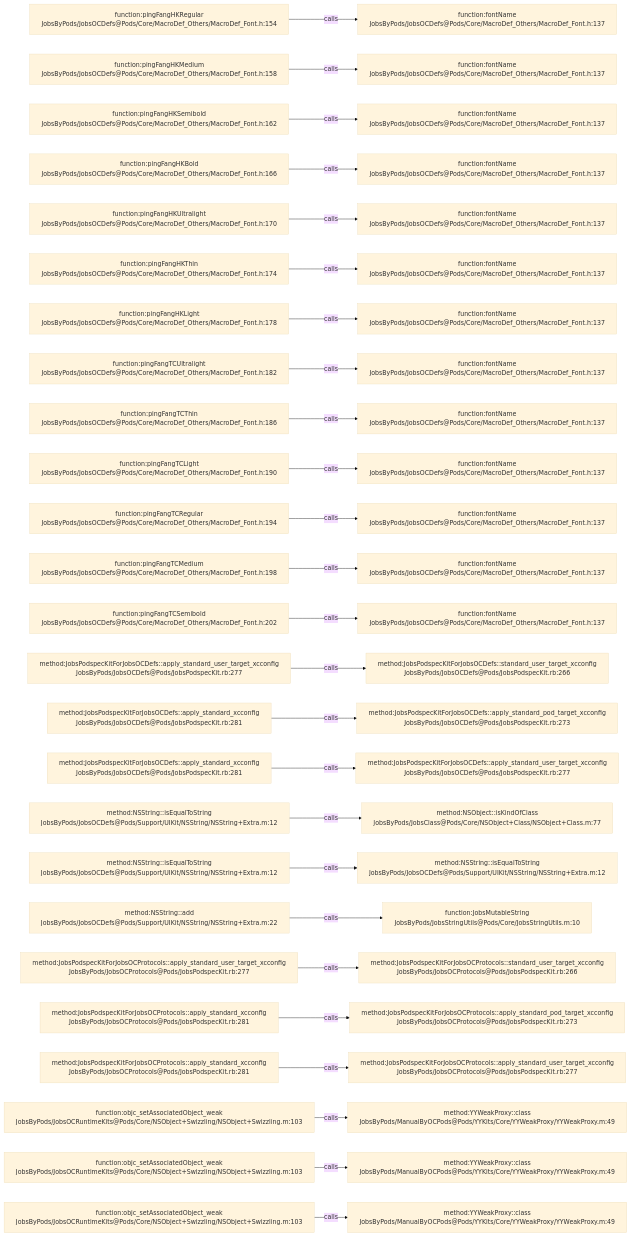
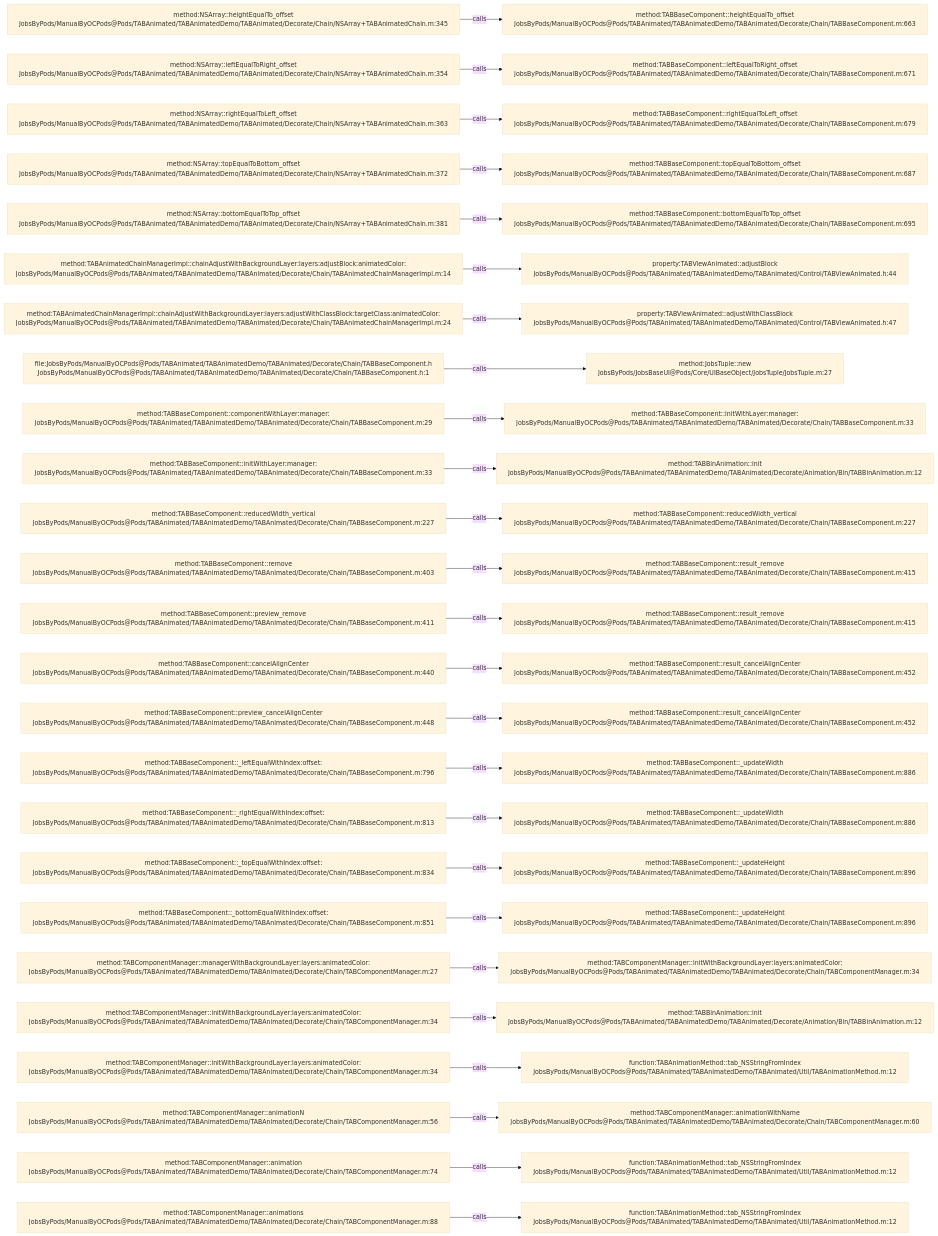
One commit to JobsKits/JobsOCBaseConfigDemo changed the diagram in .codegraph/codegraph.md/graphs/calls-137.md. Above: the diagram before and after it, drawn with Mermaid (base theme). The commit also changed 573 other files, not shown here.

````diff
--- a/.codegraph/codegraph.md/graphs/calls-137.md
+++ b/.codegraph/codegraph.md/graphs/calls-137.md
@@ -13,78 +13,78 @@
 ```mermaid
 flowchart LR
-  S1["function:pingFangHKRegular<br/>JobsByPods/JobsOCDefs@Pods/Core/MacroDef_Others/MacroDef_Font.h:154"]
-  T1["function:fontName<br/>JobsByPods/JobsOCDefs@Pods/Core/MacroDef_Others/MacroDef_Font.h:137"]
+  S1["method:NSArray::heightEqualTo_offset<br/>JobsByPods/ManualByOCPods@Pods/TABAnimated/TABAnimatedDemo/TABAnimated/Decorate/Chain/NSArray+TABAnimatedChain.m:345"]
+  T1["method:TABBaseComponent::heightEqualTo_offset<br/>JobsByPods/ManualByOCPods@Pods/TABAnimated/TABAnimatedDemo/TABAnimated/Decorate/Chain/TABBaseComponent.m:663"]
   S1 -->|calls| T1
-  S2["function:pingFangHKMedium<br/>JobsByPods/JobsOCDefs@Pods/Core/MacroDef_Others/MacroDef_Font.h:158"]
-  T2["function:fontName<br/>JobsByPods/JobsOCDefs@Pods/Core/MacroDef_Others/MacroDef_Font.h:137"]
+  S2["method:NSArray::leftEqualToRight_offset<br/>JobsByPods/ManualByOCPods@Pods/TABAnimated/TABAnimatedDemo/TABAnimated/Decorate/Chain/NSArray+TABAnimatedChain.m:354"]
+  T2["method:TABBaseComponent::leftEqualToRight_offset<br/>JobsByPods/ManualByOCPods@Pods/TABAnimated/TABAnimatedDemo/TABAnimated/Decorate/Chain/TABBaseComponent.m:671"]
   S2 -->|calls| T2
-  S3["function:pingFangHKSemibold<br/>JobsByPods/JobsOCDefs@Pods/Core/MacroDef_Others/MacroDef_Font.h:162"]
-  T3["function:fontName<br/>JobsByPods/JobsOCDefs@Pods/Core/MacroDef_Others/MacroDef_Font.h:137"]
+  S3["method:NSArray::rightEqualToLeft_offset<br/>JobsByPods/ManualByOCPods@Pods/TABAnimated/TABAnimatedDemo/TABAnimated/Decorate/Chain/NSArray+TABAnimatedChain.m:363"]
+  T3["method:TABBaseComponent::rightEqualToLeft_offset<br/>JobsByPods/ManualByOCPods@Pods/TABAnimated/TABAnimatedDemo/TABAnimated/Decorate/Chain/TABBaseComponent.m:679"]
   S3 -->|calls| T3
-  S4["function:pingFangHKBold<br/>JobsByPods/JobsOCDefs@Pods/Core/MacroDef_Others/MacroDef_Font.h:166"]
-  T4["function:fontName<br/>JobsByPods/JobsOCDefs@Pods/Core/MacroDef_Others/MacroDef_Font.h:137"]
+  S4["method:NSArray::topEqualToBottom_offset<br/>JobsByPods/ManualByOCPods@Pods/TABAnimated/TABAnimatedDemo/TABAnimated/Decorate/Chain/NSArray+TABAnimatedChain.m:372"]
+  T4["method:TABBaseComponent::topEqualToBottom_offset<br/>JobsByPods/ManualByOCPods@Pods/TABAnimated/TABAnimatedDemo/TABAnimated/Decorate/Chain/TABBaseComponent.m:687"]
   S4 -->|calls| T4
-  S5["function:pingFangHKUltralight<br/>JobsByPods/JobsOCDefs@Pods/Core/MacroDef_Others/MacroDef_Font.h:170"]
-  T5["function:fontName<br/>JobsByPods/JobsOCDefs@Pods/Core/MacroDef_Others/MacroDef_Font.h:137"]
+  S5["method:NSArray::bottomEqualToTop_offset<br/>JobsByPods/ManualByOCPods@Pods/TABAnimated/TABAnimatedDemo/TABAnimated/Decorate/Chain/NSArray+TABAnimatedChain.m:381"]
+  T5["method:TABBaseComponent::bottomEqualToTop_offset<br/>JobsByPods/ManualByOCPods@Pods/TABAnimated/TABAnimatedDemo/TABAnimated/Decorate/Chain/TABBaseComponent.m:695"]
   S5 -->|calls| T5
-  S6["function:pingFangHKThin<br/>JobsByPods/JobsOCDefs@Pods/Core/MacroDef_Others/MacroDef_Font.h:174"]
-  T6["function:fontName<br/>JobsByPods/JobsOCDefs@Pods/Core/MacroDef_Others/MacroDef_Font.h:137"]
+  S6["method:TABAnimatedChainManagerImpl::chainAdjustWithBackgroundLayer:layers:adjustBlock:animatedColor:<br/>JobsByPods/ManualByOCPods@Pods/TABAnimated/TABAnimatedDemo/TABAnimated/Decorate/Chain/TABAnimatedChainManagerImpl.m:14"]
+  T6["property:TABViewAnimated::adjustBlock<br/>JobsByPods/ManualByOCPods@Pods/TABAnimated/TABAnimatedDemo/TABAnimated/Control/TABViewAnimated.h:44"]
   S6 -->|calls| T6
-  S7["function:pingFangHKLight<br/>JobsByPods/JobsOCDefs@Pods/Core/MacroDef_Others/MacroDef_Font.h:178"]
-  T7["function:fontName<br/>JobsByPods/JobsOCDefs@Pods/Core/MacroDef_Others/MacroDef_Font.h:137"]
+  S7["method:TABAnimatedChainManagerImpl::chainAdjustWithBackgroundLayer:layers:adjustWithClassBlock:targetClass:animatedColor:<br/>JobsByPods/ManualByOCPods@Pods/TABAnimated/TABAnimatedDemo/TABAnimated/Decorate/Chain/TABAnimatedChainManagerImpl.m:24"]
+  T7["property:TABViewAnimated::adjustWithClassBlock<br/>JobsByPods/ManualByOCPods@Pods/TABAnimated/TABAnimatedDemo/TABAnimated/Control/TABViewAnimated.h:47"]
   S7 -->|calls| T7
-  S8["function:pingFangTCUltralight<br/>JobsByPods/JobsOCDefs@Pods/Core/MacroDef_Others/MacroDef_Font.h:182"]
-  T8["function:fontName<br/>JobsByPods/JobsOCDefs@Pods/Core/MacroDef_Others/MacroDef_Font.h:137"]
+  S8["file:JobsByPods/ManualByOCPods@Pods/TABAnimated/TABAnimatedDemo/TABAnimated/Decorate/Chain/TABBaseComponent.h<br/>JobsByPods/ManualByOCPods@Pods/TABAnimated/TABAnimatedDemo/TABAnimated/Decorate/Chain/TABBaseComponent.h:1"]
+  T8["method:JobsTuple::new<br/>JobsByPods/JobsBaseUI@Pods/Core/UIBaseObject/JobsTuple/JobsTuple.m:27"]
   S8 -->|calls| T8
-  S9["function:pingFangTCThin<br/>JobsByPods/JobsOCDefs@Pods/Core/MacroDef_Others/MacroDef_Font.h:186"]
-  T9["function:fontName<br/>JobsByPods/JobsOCDefs@Pods/Core/MacroDef_Others/MacroDef_Font.h:137"]
+  S9["method:TABBaseComponent::componentWithLayer:manager:<br/>JobsByPods/ManualByOCPods@Pods/TABAnimated/TABAnimatedDemo/TABAnimated/Decorate/Chain/TABBaseComponent.m:29"]
+  T9["method:TABBaseComponent::initWithLayer:manager:<br/>JobsByPods/ManualByOCPods@Pods/TABAnimated/TABAnimatedDemo/TABAnimated/Decorate/Chain/TABBaseComponent.m:33"]
   S9 -->|calls| T9
-  S10["function:pingFangTCLight<br/>JobsByPods/JobsOCDefs@Pods/Core/MacroDef_Others/MacroDef_Font.h:190"]
-  T10["function:fontName<br/>JobsByPods/JobsOCDefs@Pods/Core/MacroDef_Others/MacroDef_Font.h:137"]
+  S10["method:TABBaseComponent::initWithLayer:manager:<br/>JobsByPods/ManualByOCPods@Pods/TABAnimated/TABAnimatedDemo/TABAnimated/Decorate/Chain/TABBaseComponent.m:33"]
+  T10["method:TABBinAnimation::init<br/>JobsByPods/ManualByOCPods@Pods/TABAnimated/TABAnimatedDemo/TABAnimated/Decorate/Animation/Bin/TABBinAnimation.m:12"]
   S10 -->|calls| T10
-  S11["function:pingFangTCRegular<br/>JobsByPods/JobsOCDefs@Pods/Core/MacroDef_Others/MacroDef_Font.h:194"]
-  T11["function:fontName<br/>JobsByPods/JobsOCDefs@Pods/Core/MacroDef_Others/MacroDef_Font.h:137"]
+  S11["method:TABBaseComponent::reducedWidth_vertical<br/>JobsByPods/ManualByOCPods@Pods/TABAnimated/TABAnimatedDemo/TABAnimated/Decorate/Chain/TABBaseComponent.m:227"]
+  T11["method:TABBaseComponent::reducedWidth_vertical<br/>JobsByPods/ManualByOCPods@Pods/TABAnimated/TABAnimatedDemo/TABAnimated/Decorate/Chain/TABBaseComponent.m:227"]
   S11 -->|calls| T11
-  S12["function:pingFangTCMedium<br/>JobsByPods/JobsOCDefs@Pods/Core/MacroDef_Others/MacroDef_Font.h:198"]
-  T12["function:fontName<br/>JobsByPods/JobsOCDefs@Pods/Core/MacroDef_Others/MacroDef_Font.h:137"]
+  S12["method:TABBaseComponent::remove<br/>JobsByPods/ManualByOCPods@Pods/TABAnimated/TABAnimatedDemo/TABAnimated/Decorate/Chain/TABBaseComponent.m:403"]
+  T12["method:TABBaseComponent::result_remove<br/>JobsByPods/ManualByOCPods@Pods/TABAnimated/TABAnimatedDemo/TABAnimated/Decorate/Chain/TABBaseComponent.m:415"]
   S12 -->|calls| T12
-  S13["function:pingFangTCSemibold<br/>JobsByPods/JobsOCDefs@Pods/Core/MacroDef_Others/MacroDef_Font.h:202"]
-  T13["function:fontName<br/>JobsByPods/JobsOCDefs@Pods/Core/MacroDef_Others/MacroDef_Font.h:137"]
+  S13["method:TABBaseComponent::preview_remove<br/>JobsByPods/ManualByOCPods@Pods/TABAnimated/TABAnimatedDemo/TABAnimated/Decorate/Chain/TABBaseComponent.m:411"]
+  T13["method:TABBaseComponent::result_remove<br/>JobsByPods/ManualByOCPods@Pods/TABAnimated/TABAnimatedDemo/TABAnimated/Decorate/Chain/TABBaseComponent.m:415"]
   S13 -->|calls| T13
-  S14["method:JobsPodspecKitForJobsOCDefs::apply_standard_user_target_xcconfig<br/>JobsByPods/JobsOCDefs@Pods/JobsPodspecKit.rb:277"]
-  T14["method:JobsPodspecKitForJobsOCDefs::standard_user_target_xcconfig<br/>JobsByPods/JobsOCDefs@Pods/JobsPodspecKit.rb:266"]
+  S14["method:TABBaseComponent::cancelAlignCenter<br/>JobsByPods/ManualByOCPods@Pods/TABAnimated/TABAnimatedDemo/TABAnimated/Decorate/Chain/TABBaseComponent.m:440"]
+  T14["method:TABBaseComponent::result_cancelAlignCenter<br/>JobsByPods/ManualByOCPods@Pods/TABAnimated/TABAnimatedDemo/TABAnimated/Decorate/Chain/TABBaseComponent.m:452"]
   S14 -->|calls| T14
-  S15["method:JobsPodspecKitForJobsOCDefs::apply_standard_xcconfig<br/>JobsByPods/JobsOCDefs@Pods/JobsPodspecKit.rb:281"]
-  T15["method:JobsPodspecKitForJobsOCDefs::apply_standard_pod_target_xcconfig<br/>JobsByPods/JobsOCDefs@Pods/JobsPodspecKit.rb:273"]
+  S15["method:TABBaseComponent::preview_cancelAlignCenter<br/>JobsByPods/ManualByOCPods@Pods/TABAnimated/TABAnimatedDemo/TABAnimated/Decorate/Chain/TABBaseComponent.m:448"]
+  T15["method:TABBaseComponent::result_cancelAlignCenter<br/>JobsByPods/ManualByOCPods@Pods/TABAnimated/TABAnimatedDemo/TABAnimated/Decorate/Chain/TABBaseComponent.m:452"]
   S15 -->|calls| T15
-  S16["method:JobsPodspecKitForJobsOCDefs::apply_standard_xcconfig<br/>JobsByPods/JobsOCDefs@Pods/JobsPodspecKit.rb:281"]
-  T16["method:JobsPodspecKitForJobsOCDefs::apply_standard_user_target_xcconfig<br/>JobsByPods/JobsOCDefs@Pods/JobsPodspecKit.rb:277"]
+  S16["method:TABBaseComponent::_leftEqualWithIndex:offset:<br/>JobsByPods/ManualByOCPods@Pods/TABAnimated/TABAnimatedDemo/TABAnimated/Decorate/Chain/TABBaseComponent.m:796"]
+  T16["method:TABBaseComponent::_updateWidth<br/>JobsByPods/ManualByOCPods@Pods/TABAnimated/TABAnimatedDemo/TABAnimated/Decorate/Chain/TABBaseComponent.m:886"]
   S16 -->|calls| T16
-  S17["method:NSString::isEqualToString<br/>JobsByPods/JobsOCDefs@Pods/Support/UIKit/NSString/NSString+Extra.m:12"]
-  T17["method:NSObject::isKindOfClass<br/>JobsByPods/JobsClass@Pods/Core/NSObject+Class/NSObject+Class.m:77"]
+  S17["method:TABBaseComponent::_rightEqualWithIndex:offset:<br/>JobsByPods/ManualByOCPods@Pods/TABAnimated/TABAnimatedDemo/TABAnimated/Decorate/Chain/TABBaseComponent.m:813"]
+  T17["method:TABBaseComponent::_updateWidth<br/>JobsByPods/ManualByOCPods@Pods/TABAnimated/TABAnimatedDemo/TABAnimated/Decorate/Chain/TABBaseComponent.m:886"]
   S17 -->|calls| T17
-  S18["method:NSString::isEqualToString<br/>JobsByPods/JobsOCDefs@Pods/Support/UIKit/NSString/NSString+Extra.m:12"]
-  T18["method:NSString::isEqualToString<br/>JobsByPods/JobsOCDefs@Pods/Support/UIKit/NSString/NSString+Extra.m:12"]
+  S18["method:TABBaseComponent::_topEqualWithIndex:offset:<br/>JobsByPods/ManualByOCPods@Pods/TABAnimated/TABAnimatedDemo/TABAnimated/Decorate/Chain/TABBaseComponent.m:834"]
+  T18["method:TABBaseComponent::_updateHeight<br/>JobsByPods/ManualByOCPods@Pods/TABAnimated/TABAnimatedDemo/TABAnimated/Decorate/Chain/TABBaseComponent.m:896"]
   S18 -->|calls| T18
-  S19["method:NSString::add<br/>JobsByPods/JobsOCDefs@Pods/Support/UIKit/NSString/NSString+Extra.m:22"]
-  T19["function:JobsMutableString<br/>JobsByPods/JobsStringUtils@Pods/Core/JobsStringUtils.m:10"]
+  S19["method:TABBaseComponent::_bottomEqualWithIndex:offset:<br/>JobsByPods/ManualByOCPods@Pods/TABAnimated/TABAnimatedDemo/TABAnimated/Decorate/Chain/TABBaseComponent.m:851"]
+  T19["method:TABBaseComponent::_updateHeight<br/>JobsByPods/ManualByOCPods@Pods/TABAnimated/TABAnimatedDemo/TABAnimated/Decorate/Chain/TABBaseComponent.m:896"]
   S19 -->|calls| T19
-  S20["method:JobsPodspecKitForJobsOCProtocols::apply_standard_user_target_xcconfig<br/>JobsByPods/JobsOCProtocols@Pods/JobsPodspecKit.rb:277"]
-  T20["method:JobsPodspecKitForJobsOCProtocols::standard_user_target_xcconfig<br/>JobsByPods/JobsOCProtocols@Pods/JobsPodspecKit.rb:266"]
+  S20["method:TABComponentManager::managerWithBackgroundLayer:layers:animatedColor:<br/>JobsByPods/ManualByOCPods@Pods/TABAnimated/TABAnimatedDemo/TABAnimated/Decorate/Chain/TABComponentManager.m:27"]
+  T20["method:TABComponentManager::initWithBackgroundLayer:layers:animatedColor:<br/>JobsByPods/ManualByOCPods@Pods/TABAnimated/TABAnimatedDemo/TABAnimated/Decorate/Chain/TABComponentManager.m:34"]
   S20 -->|calls| T20
-  S21["method:JobsPodspecKitForJobsOCProtocols::apply_standard_xcconfig<br/>JobsByPods/JobsOCProtocols@Pods/JobsPodspecKit.rb:281"]
-  T21["method:JobsPodspecKitForJobsOCProtocols::apply_standard_pod_target_xcconfig<br/>JobsByPods/JobsOCProtocols@Pods/JobsPodspecKit.rb:273"]
+  S21["method:TABComponentManager::initWithBackgroundLayer:layers:animatedColor:<br/>JobsByPods/ManualByOCPods@Pods/TABAnimated/TABAnimatedDemo/TABAnimated/Decorate/Chain/TABComponentManager.m:34"]
+  T21["method:TABBinAnimation::init<br/>JobsByPods/ManualByOCPods@Pods/TABAnimated/TABAnimatedDemo/TABAnimated/Decorate/Animation/Bin/TABBinAnimation.m:12"]
   S21 -->|calls| T21
-  S22["method:JobsPodspecKitForJobsOCProtocols::apply_standard_xcconfig<br/>JobsByPods/JobsOCProtocols@Pods/JobsPodspecKit.rb:281"]
-  T22["method:JobsPodspecKitForJobsOCProtocols::apply_standard_user_target_xcconfig<br/>JobsByPods/JobsOCProtocols@Pods/JobsPodspecKit.rb:277"]
+  S22["method:TABComponentManager::initWithBackgroundLayer:layers:animatedColor:<br/>JobsByPods/ManualByOCPods@Pods/TABAnimated/TABAnimatedDemo/TABAnimated/Decorate/Chain/TABComponentManager.m:34"]
+  T22["function:TABAnimationMethod::tab_NSStringFromIndex<br/>JobsByPods/ManualByOCPods@Pods/TABAnimated/TABAnimatedDemo/TABAnimated/Util/TABAnimationMethod.m:12"]
   S22 -->|calls| T22
-  S23["function:objc_setAssociatedObject_weak<br/>JobsByPods/JobsOCRuntimeKits@Pods/Core/NSObject+Swizzling/NSObject+Swizzling.m:103"]
-  T23["method:YYWeakProxy::class<br/>JobsByPods/ManualByOCPods@Pods/YYKits/Core/YYWeakProxy/YYWeakProxy.m:49"]
+  S23["method:TABComponentManager::animationN<br/>JobsByPods/ManualByOCPods@Pods/TABAnimated/TABAnimatedDemo/TABAnimated/Decorate/Chain/TABComponentManager.m:56"]
+  T23["method:TABComponentManager::animationWithName<br/>JobsByPods/ManualByOCPods@Pods/TABAnimated/TABAnimatedDemo/TABAnimated/Decorate/Chain/TABComponentManager.m:60"]
   S23 -->|calls| T23
-  S24["function:objc_setAssociatedObject_weak<br/>JobsByPods/JobsOCRuntimeKits@Pods/Core/NSObject+Swizzling/NSObject+Swizzling.m:103"]
-  T24["method:YYWeakProxy::class<br/>JobsByPods/ManualByOCPods@Pods/YYKits/Core/YYWeakProxy/YYWeakProxy.m:49"]
+  S24["method:TABComponentManager::animation<br/>JobsByPods/ManualByOCPods@Pods/TABAnimated/TABAnimatedDemo/TABAnimated/Decorate/Chain/TABComponentManager.m:74"]
+  T24["function:TABAnimationMethod::tab_NSStringFromIndex<br/>JobsByPods/ManualByOCPods@Pods/TABAnimated/TABAnimatedDemo/TABAnimated/Util/TABAnimationMethod.m:12"]
   S24 -->|calls| T24
-  S25["function:objc_setAssociatedObject_weak<br/>JobsByPods/JobsOCRuntimeKits@Pods/Core/NSObject+Swizzling/NSObject+Swizzling.m:103"]
-  T25["method:YYWeakProxy::class<br/>JobsByPods/ManualByOCPods@Pods/YYKits/Core/YYWeakProxy/YYWeakProxy.m:49"]
+  S25["method:TABComponentManager::animations<br/>JobsByPods/ManualByOCPods@Pods/TABAnimated/TABAnimatedDemo/TABAnimated/Decorate/Chain/TABComponentManager.m:88"]
+  T25["function:TABAnimationMethod::tab_NSStringFromIndex<br/>JobsByPods/ManualByOCPods@Pods/TABAnimated/TABAnimatedDemo/TABAnimated/Util/TABAnimationMethod.m:12"]
   S25 -->|calls| T25
 ```
````
